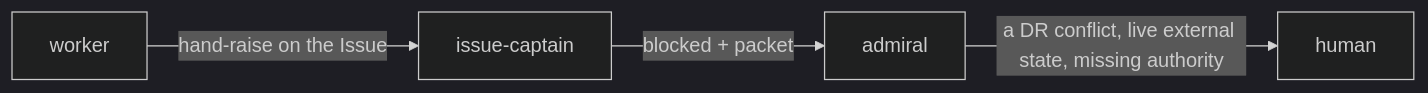
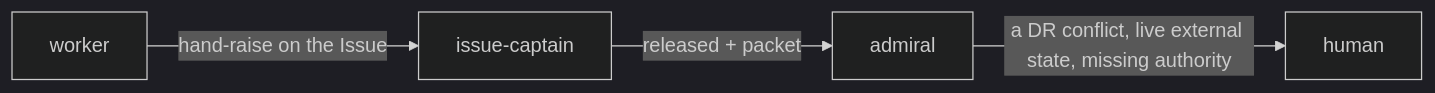
Before and after one commit to bodnarbalazs/dydo: the tenth of 12 diagrams in dydo/understand/control-flow.md, drawn with Mermaid (dark theme). The commit also changed other lines of this file and 9 other files, not shown here.

First line of the commit message:
docs: DR 047 supersymmetry, hop statuses, Merge Issues, the release protocol; standard and control-flow map rewritten to it

````diff
--- a/dydo/understand/control-flow.md
+++ b/dydo/understand/control-flow.md
@@ -356,6 +546,6 @@
 ```mermaid
 flowchart LR
   W[worker] -->|hand-raise on the Issue| C[issue-captain]
-  C -->|blocked + packet| A[admiral]
+  C -->|released + packet| A[admiral]
   A -->|a DR conflict, live external state, missing authority| H[human]
 ```
````
